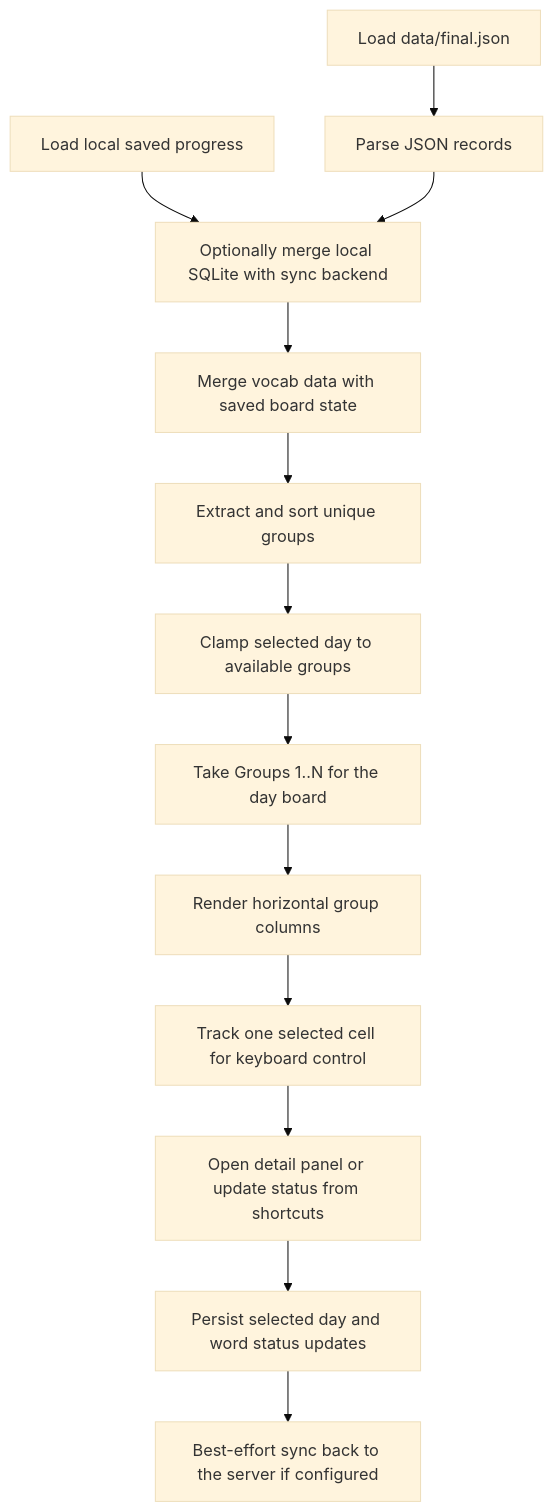
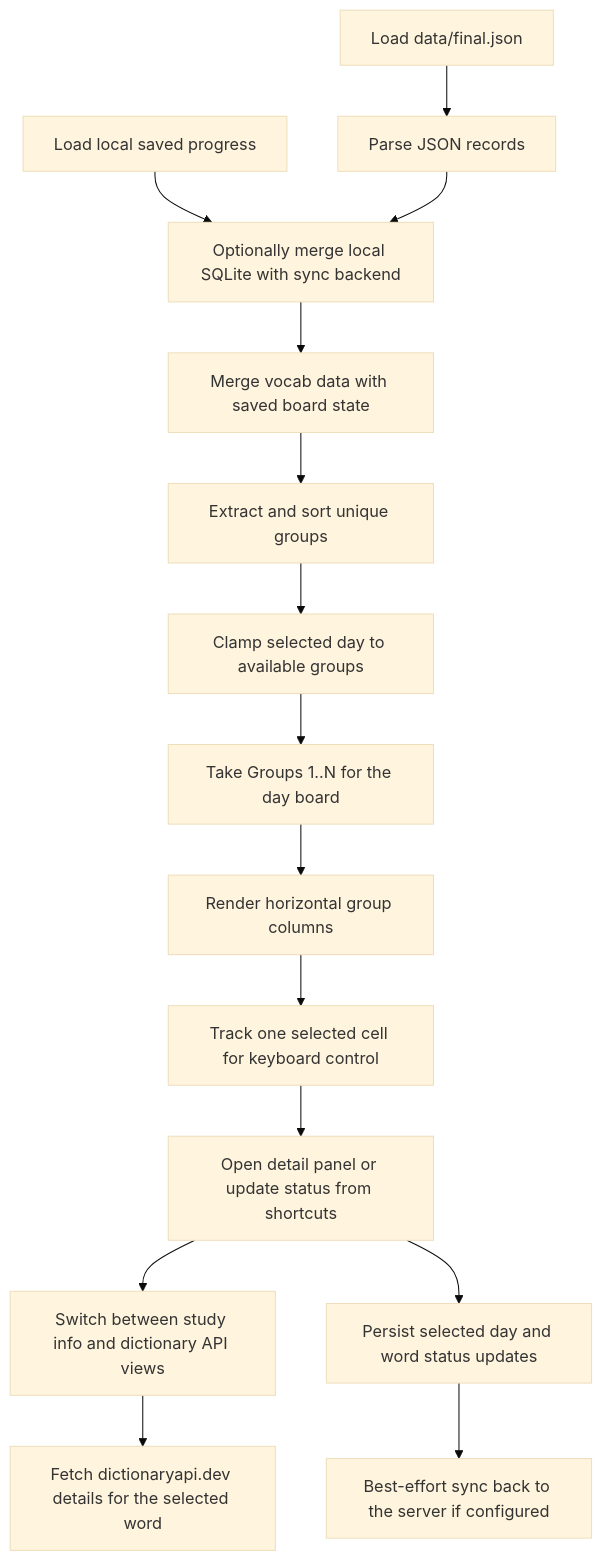
Before and after one commit to desertSniper87/vocab-hill: the diagram in docs/4-algorithms/README.md, drawn with Mermaid (base theme). The commit also changed other lines of this file and 18 other files, not shown here.

Commit message:
[master] [06MarT2204] dictionary api

````diff
--- a/docs/4-algorithms/README.md
+++ b/docs/4-algorithms/README.md
@@ -7,15 +7,17 @@
 ```mermaid
 flowchart TD
     A["Load data/final.json"] --> B["Parse JSON records"]
     P["Load local saved progress"] --> C["Optionally merge local SQLite with sync backend"]
     C --> D["Merge vocab data with saved board state"]
     B --> C
     D --> E["Extract and sort unique groups"]
     E --> F["Clamp selected day to available groups"]
     F --> G["Take Groups 1..N for the day board"]
     G --> H["Render horizontal group columns"]
     H --> I["Track one selected cell for keyboard control"]
     I --> J["Open detail panel or update status from shortcuts"]
-    J --> K["Persist selected day and word status updates"]
-    K --> L["Best-effort sync back to the server if configured"]
+    J --> K["Switch between study info and dictionary API views"]
+    K --> L["Fetch dictionaryapi.dev details for the selected word"]
+    J --> M["Persist selected day and word status updates"]
+    M --> N["Best-effort sync back to the server if configured"]
 ```
````
